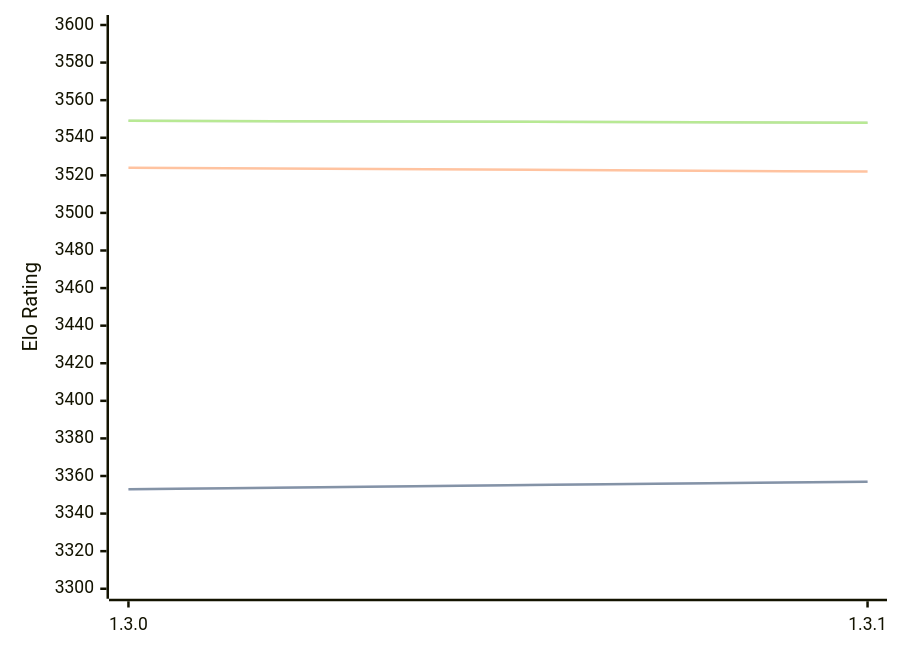
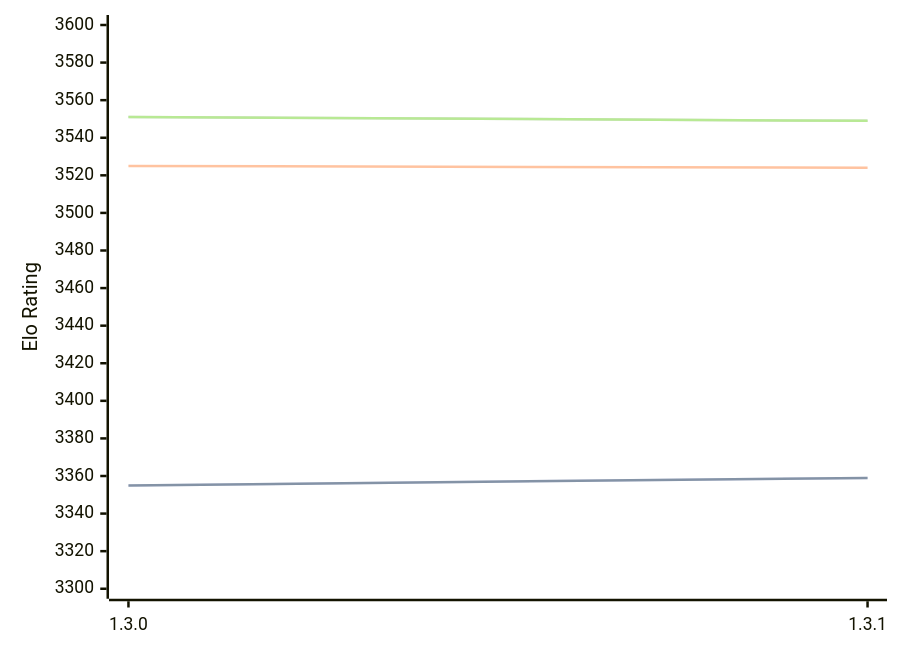
Before and after one commit to computer-chess-index/cci: the diagram in engines/Renegade.md, drawn with Mermaid. The commit also changed other lines of this file, not shown here.

Commit message:
Update CCI Ratings (ELO VLTC) - 2026-10-09

````diff
--- a/engines/Renegade.md
+++ b/engines/Renegade.md
@@ -33,11 +33,11 @@
 ```mermaid
 %%{init: {"theme":"base","themeVariables":{"seriesColors:['#a3a3a3','#222221','#faa371']}}}%%
 xychart-beta
   x-axis ["1.3.0", "1.3.1"]
   y-axis "Elo Rating" 3300 --> 3600
-  line "" [3353, 3357]
-  line "STC (8.0+0.08s)" [3353, 3357]
-  line "LTC (60.0+0.60s)" [3524, 3522]
-  line "" [3549, 3548]
-  line "VLTC (2m24s+1.12s)" [3549, 3548]
+  line "" [3355, 3359]
+  line "STC (8.0+0.08s)" [3355, 3359]
+  line "LTC (60.0+0.60s)" [3525, 3524]
+  line "" [3551, 3549]
+  line "VLTC (2m24s+1.12s)" [3551, 3549]
 ```
````
